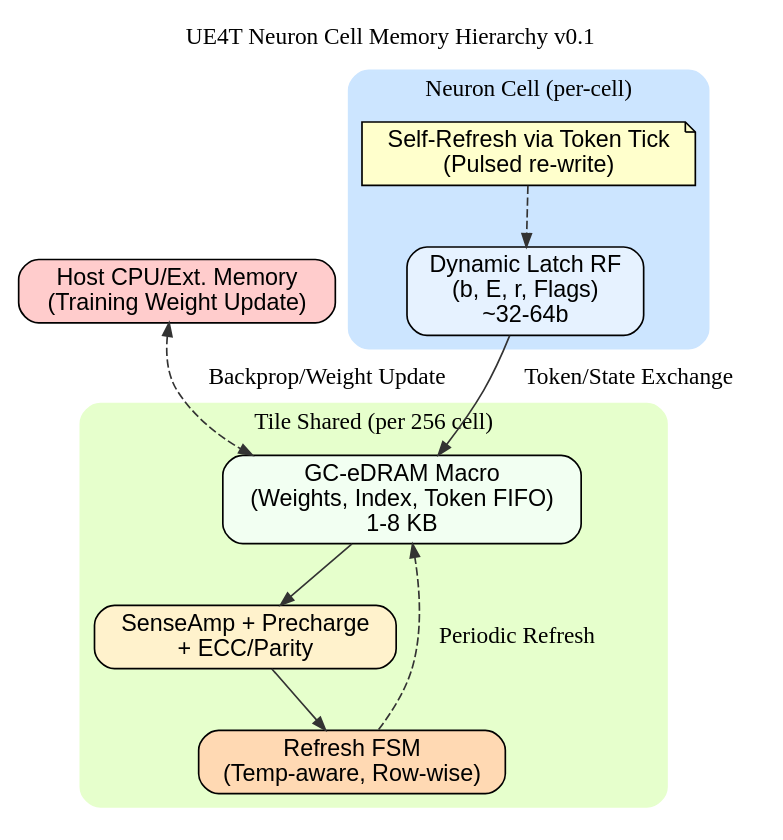
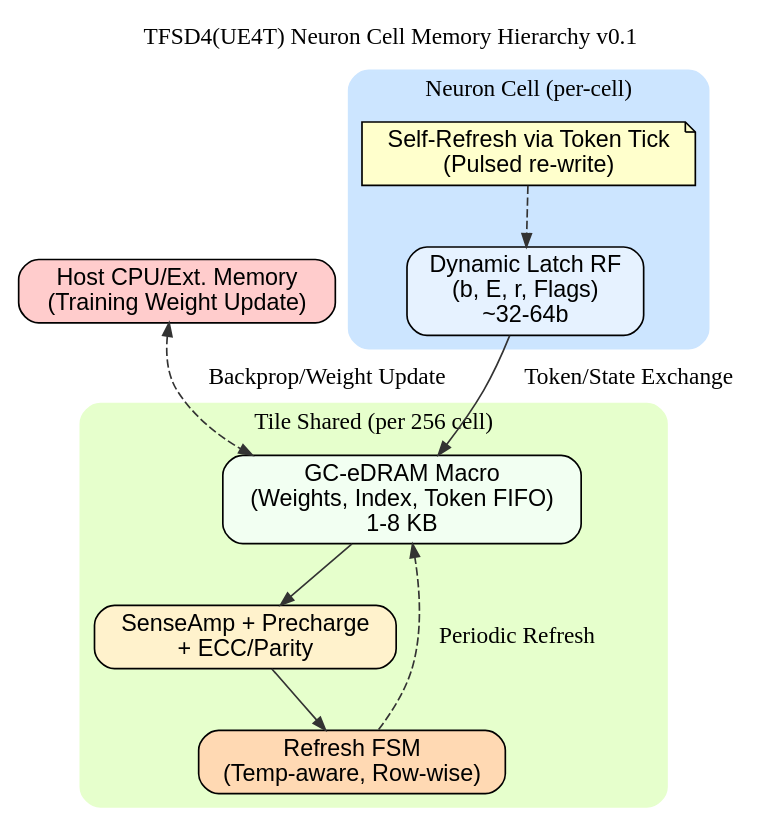
Before and after one commit to trustfarm/TFSDxr-Neuron-Quantization: the diagram in docs/ue4t_nmc/diagrams/ue4t_neuroncell_memory_hier_use_dff.dot, drawn with Graphviz. The commit also changed 24 other files, not shown here.

Commit message:
Updates TFSD4 NeuroMorphic Architecture coding documents.

```diff
--- a/docs/ue4t_nmc/diagrams/ue4t_neuroncell_memory_hier_use_dff.dot
+++ b/docs/ue4t_nmc/diagrams/ue4t_neuroncell_memory_hier_use_dff.dot
@@ -1,38 +1,38 @@
 digraph NEURON_MEM {
-  label = "UE4T Neuron Cell Memory Hierarchy v0.1";
+  label = "TFSD4(UE4T) Neuron Cell Memory Hierarchy v0.1";
   labelloc = "t";
 
   rankdir=TB;
   node [shape=box, style="rounded,filled", fontname="Helvetica"];
   edge [color="#333333", arrowsize=0.8];
 
   // Cell-local dynamic latch
   subgraph cluster_cell {
     label="Neuron Cell (per-cell)";
     style="rounded,filled";
     color="#CCE5FF";
     local_rf [label="Dynamic Latch RF\n(b, E, r, Flags)\n~32-64b", fillcolor="#E6F2FF"];
     refresh [label="Self-Refresh via Token Tick\n(Pulsed re-write)", shape=note, fillcolor="#FFFFCC"];
   }
 
   // Tile-shared memory
   subgraph cluster_tile {
     label="Tile Shared (per 256 cell)";
     style="rounded,filled";
     color="#E6FFCC";
     gc_edram [label="GC-eDRAM Macro\n(Weights, Index, Token FIFO)\n1-8 KB", fillcolor="#F2FFF2"];
     sa [label="SenseAmp + Precharge\n+ ECC/Parity", fillcolor="#FFF2CC"];
     refresh_fsm [label="Refresh FSM\n(Temp-aware, Row-wise)", fillcolor="#FFD9B3"];
   }
 
   // External
   host [label="Host CPU/Ext. Memory\n(Training Weight Update)", fillcolor="#FFCCCC"];
 
   // Connections
   local_rf -> gc_edram [label="Token/State Exchange"];
   gc_edram -> sa -> refresh_fsm;
   refresh -> local_rf [style=dashed];
   refresh_fsm -> gc_edram [style=dashed, label="Periodic Refresh"];
 
   host -> gc_edram [dir=both, style=dashed, label="Backprop/Weight Update"];
 }
```
